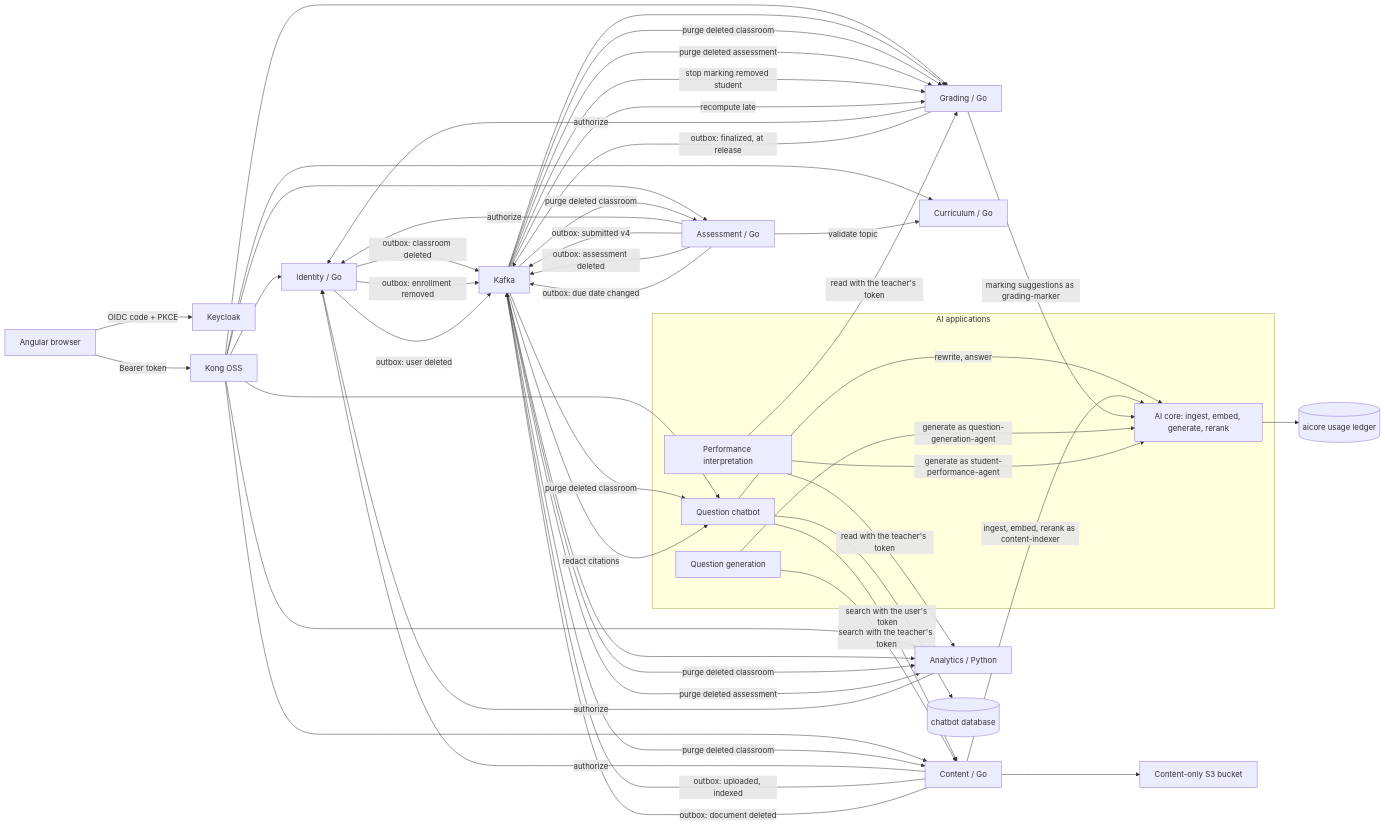
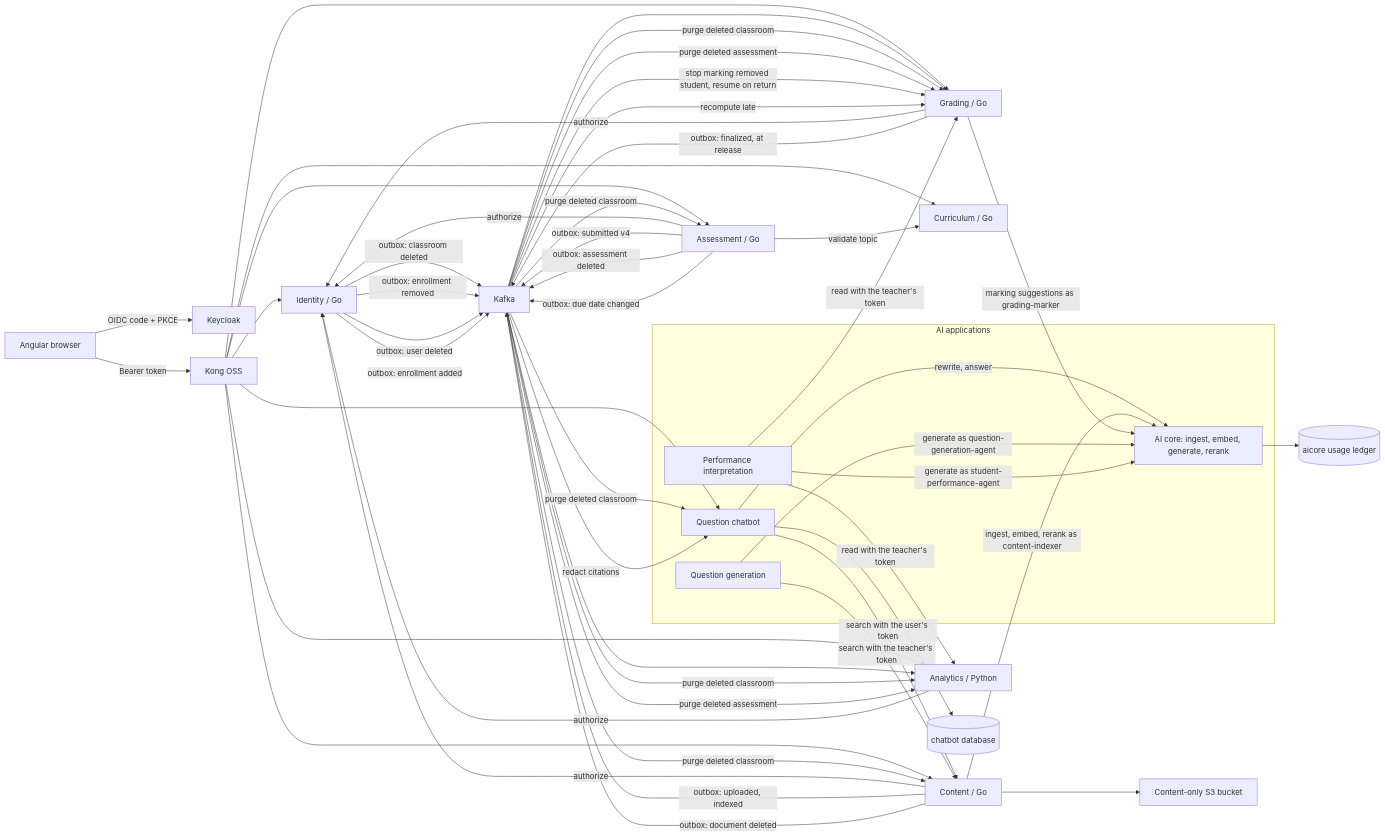
Before and after one commit to Naren3333/FSD_2026: the first of 3 diagrams in docs/architecture/system.md, drawn with Mermaid. The commit also changed 55 other files, not shown here.

````diff
--- a/docs/architecture/system.md
+++ b/docs/architecture/system.md
@@ -3,56 +3,57 @@
 ```mermaid
 flowchart LR
   Browser[Angular browser] -->|OIDC code + PKCE| Keycloak
   Browser -->|Bearer token| Kong[Kong OSS]
   Kong --> Identity[Identity / Go]
   Kong --> Curriculum[Curriculum / Go]
   Kong --> Content[Content / Go]
   Kong --> Assessment[Assessment / Go]
   Kong --> Grading[Grading / Go]
   Kong --> Analytics[Analytics / Python]
   Kong --> QC
   QC -->|search with the user's token| Content
   QC -->|rewrite, answer| AI
   QC --> ChatDB[(chatbot database)]
   Content --> S3[Content-only S3 bucket]
   Content -->|authorize| Identity
   Assessment -->|authorize| Identity
   Assessment -->|validate topic| Curriculum
   Grading -->|authorize| Identity
   Analytics -->|authorize| Identity
   Assessment -->|outbox: submitted v4| Kafka
   Kafka --> Grading
   Grading -->|outbox: finalized, at release| Kafka
   Kafka --> Analytics
   Content -->|outbox: uploaded, indexed| Kafka
   Identity -->|outbox: classroom deleted| Kafka
   Kafka -->|purge deleted classroom| Content
   Kafka -->|purge deleted classroom| Assessment
   Kafka -->|purge deleted classroom| Grading
   Kafka -->|purge deleted classroom| Analytics
   Kafka -->|purge deleted classroom| QC
   Assessment -->|outbox: assessment deleted| Kafka
   Kafka -->|purge deleted assessment| Grading
   Kafka -->|purge deleted assessment| Analytics
   Identity -->|outbox: enrollment removed| Kafka
   Identity -->|outbox: user deleted| Kafka
-  Kafka -->|stop marking removed student| Grading
+  Identity -->|outbox: enrollment added| Kafka
+  Kafka -->|stop marking removed student, resume on return| Grading
   Assessment -->|outbox: due date changed| Kafka
   Kafka -->|recompute late| Grading
   Content -->|outbox: document deleted| Kafka
   Kafka -->|redact citations| QC
   AI --> AIDB[(aicore usage ledger)]
   Content -->|ingest, embed, rerank as content-indexer| AI
   Grading -->|marking suggestions as grading-marker| AI
   QG -->|generate as question-generation-agent| AI
   QG -->|search with the teacher's token| Content
   SP -->|generate as student-performance-agent| AI
   SP -->|read with the teacher's token| Analytics
   SP -->|read with the teacher's token| Grading
   subgraph AI applications
     AI[AI core: ingest, embed, generate, rerank]
     QG[Question generation]
     SP[Performance interpretation]
     QC[Question chatbot]
   end
 ```
````
